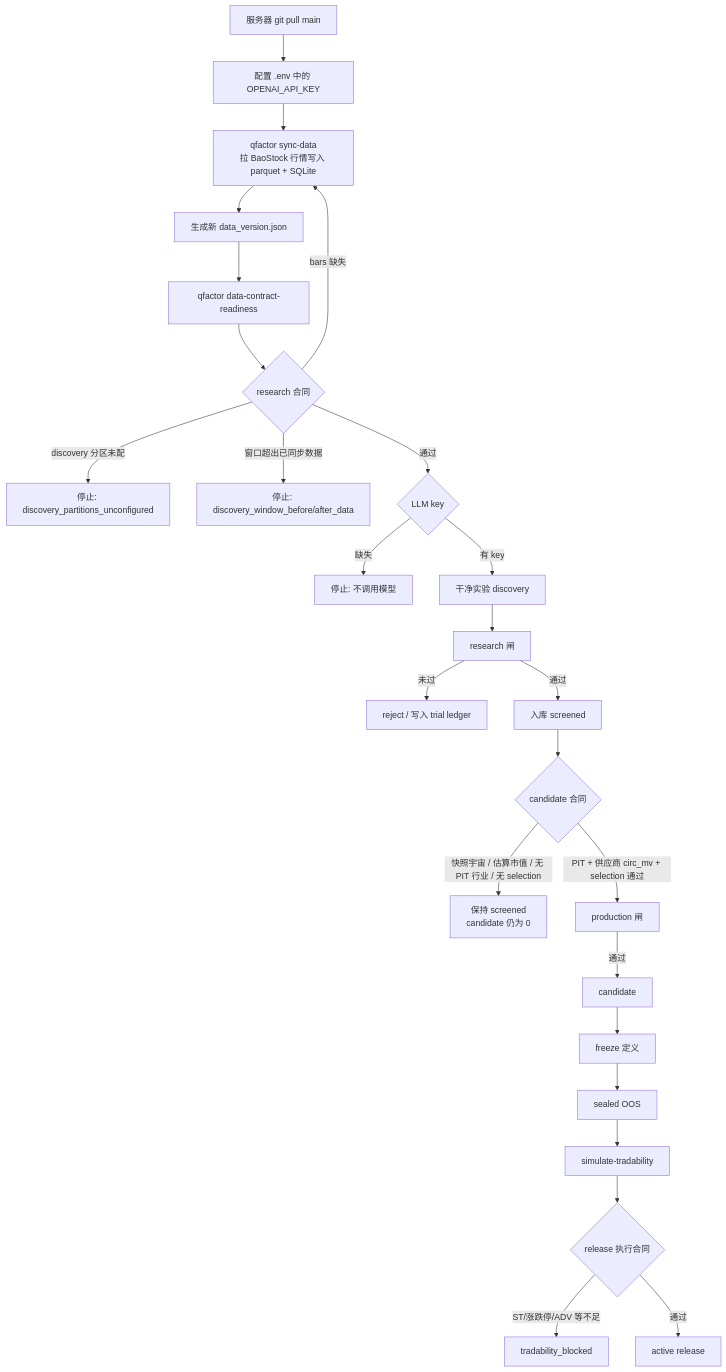
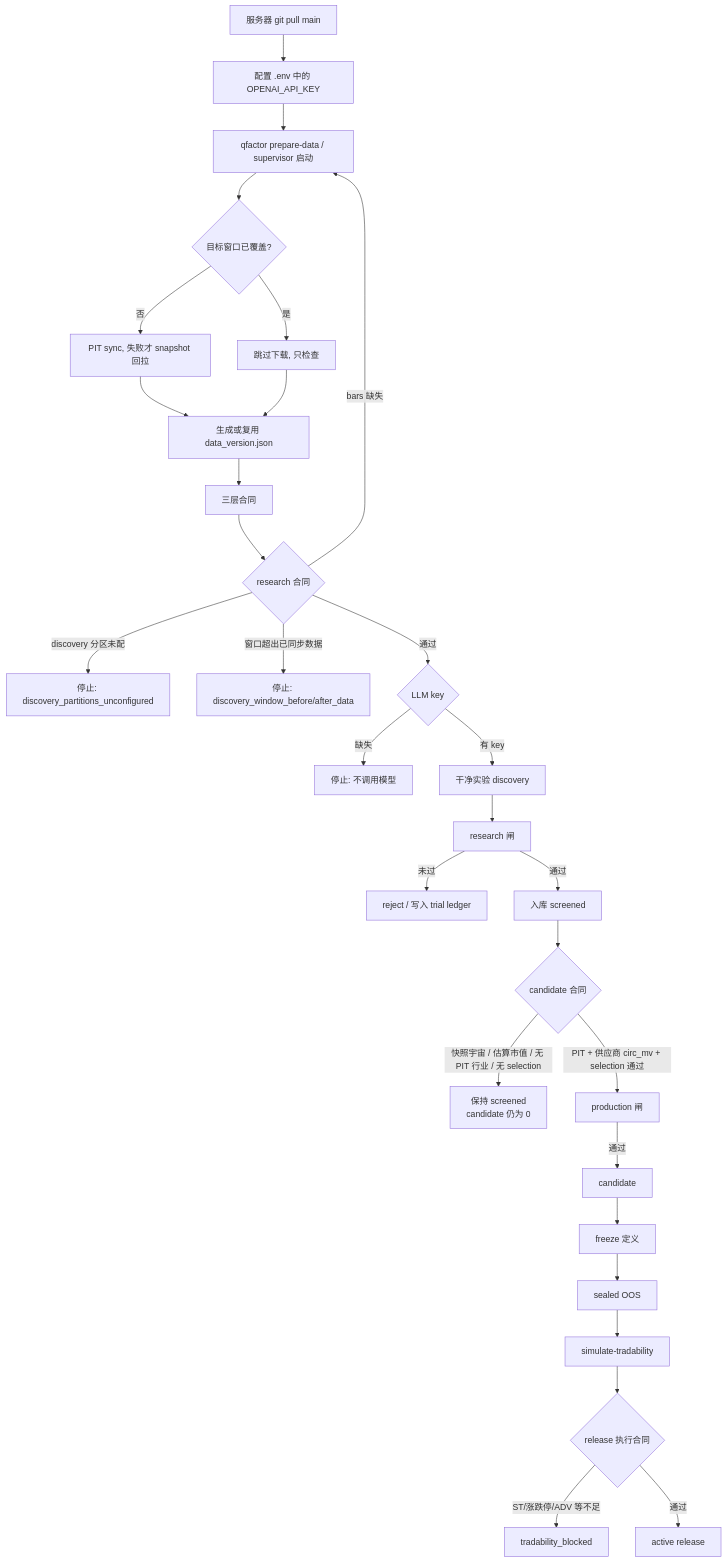
One commit to CnOxx1/EvoQuantFactor changed the first of 5 diagrams in docs/factor_production_flow.md. Above: the diagram before and after it, drawn with Mermaid. The commit also changed other lines of this file and 7 other files, not shown here.

First line of the commit message:
feat: add data prepare gate before factor production

````diff
--- a/docs/factor_production_flow.md
+++ b/docs/factor_production_flow.md
@@ -7,27 +7,31 @@
 ```mermaid
 flowchart TD
     A[服务器 git pull main] --> B[配置 .env 中的 OPENAI_API_KEY]
-    B --> C["qfactor sync-data<br/>拉 BaoStock 行情写入 parquet + SQLite"]
-    C --> D[生成新 data_version.json]
-    D --> E["qfactor data-contract-readiness"]
+    B --> C["qfactor prepare-data / supervisor 启动"]
+    C --> C1{目标窗口已覆盖?}
+    C1 -->|否| C2[PIT sync, 失败才 snapshot 回拉]
+    C1 -->|是| C3[跳过下载, 只检查]
+    C2 --> D[生成或复用 data_version.json]
+    C3 --> D
+    D --> E[三层合同]
     E --> F{research 合同}
     F -->|bars 缺失| C
     F -->|discovery 分区未配| G[停止: discovery_partitions_unconfigured]
     F -->|窗口超出已同步数据| H[停止: discovery_window_before/after_data]
     F -->|通过| I{LLM key}
     I -->|缺失| J[停止: 不调用模型]
     I -->|有 key| K[干净实验 discovery]
     K --> L[research 闸]
     L -->|未过| M[reject / 写入 trial ledger]
     L -->|通过| N[入库 screened]
     N --> O{candidate 合同}
     O -->|快照宇宙 / 估算市值 / 无 PIT 行业 / 无 selection| P[保持 screened<br/>candidate 仍为 0]
     O -->|PIT + 供应商 circ_mv + selection 通过| Q[production 闸]
     Q -->|通过| R[candidate]
     R --> S[freeze 定义]
     S --> T[sealed OOS]
     T --> U[simulate-tradability]
     U --> V{release 执行合同}
     V -->|ST/涨跌停/ADV 等不足| W[tradability_blocked]
     V -->|通过| X[active release]
 ```
````
